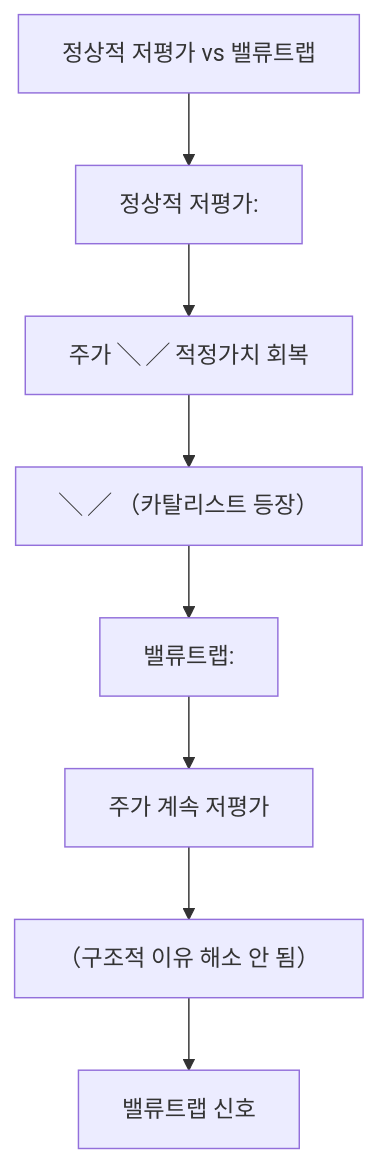
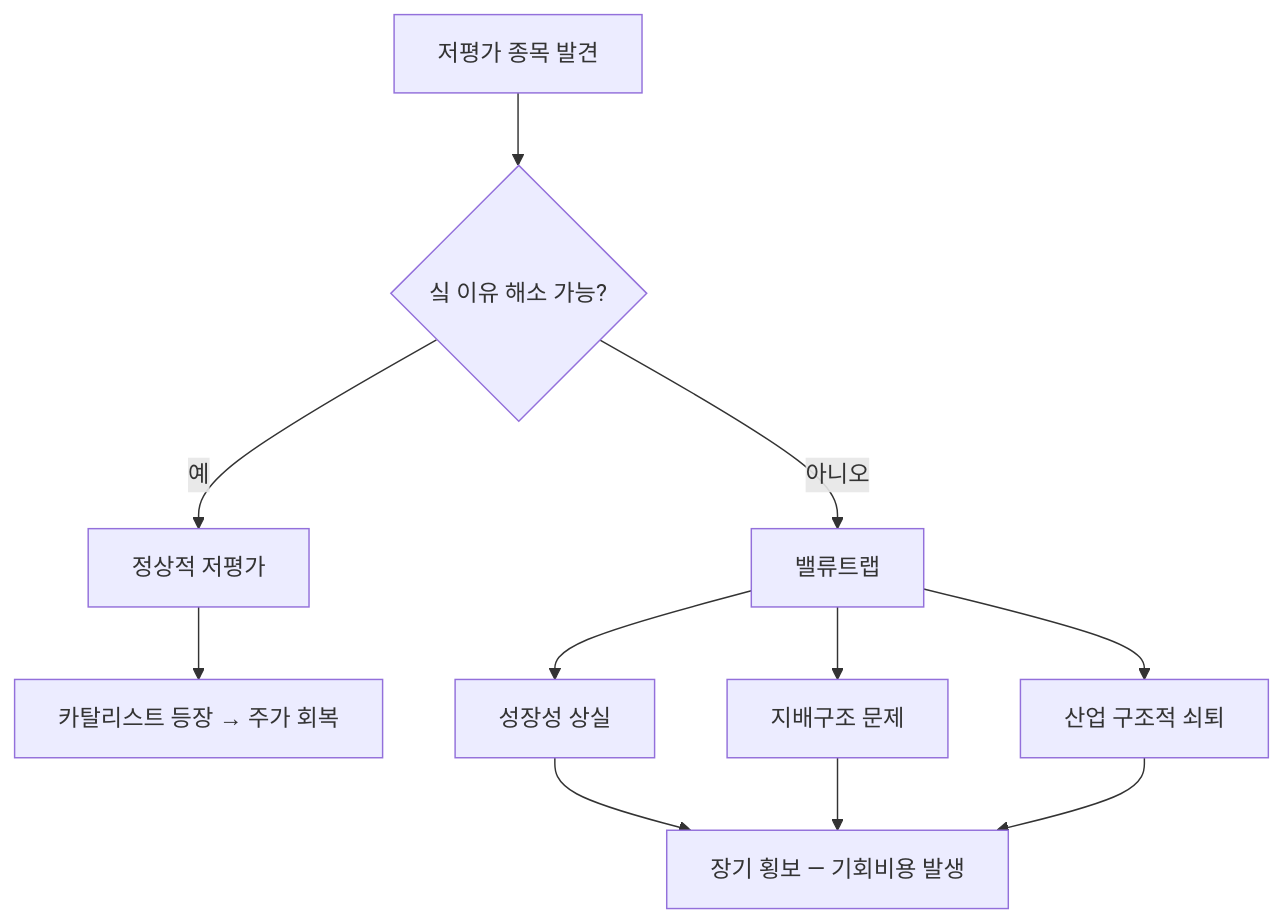
One commit to yeongseon/stock-visual-note changed the diagram in content/stock-terms/ko/level-10-company-analysis/value-trap.md. Above: the diagram before and after it, drawn with Mermaid. The commit also changed other lines of this file and 96 other files, not shown here.

Commit message:
Rewrite all 98 remaining articles: branching Mermaid diagrams, natural search_intent, compelling seo_titles, clean descriptions

````diff
--- a/content/stock-terms/ko/level-10-company-analysis/value-trap.md
+++ b/content/stock-terms/ko/level-10-company-analysis/value-trap.md
@@ -42,18 +42,14 @@
 ```mermaid
 graph TD
-    N0["정상적 저평가 vs 밸류트랩"]
-    N1["정상적 저평가:"]
-    N2["주가 ╲ ╱ 적정가치 회복"]
-    N3["╲ ╱ （카탈리스트 등장）"]
-    N4["밸류트랩:"]
-    N5["주가 계속 저평가"]
-    N6["（구조적 이유 해소 안 됨）"]
-    N7["밸류트랩 신호"]
-    N0 --> N1
-    N1 --> N2
-    N2 --> N3
-    N3 --> N4
-    N4 --> N5
-    N5 --> N6
-    N6 --> N7
+    A["저평가 종목 발견"]
+    A --> B{"싴 이유 해소 가능?"}
+    B -->|"예"| C["정상적 저평가"]
+    B -->|"아니오"| D["밸류트랩"]
+    C --> C1["카탈리스트 등장 → 주가 회복"]
+    D --> D1["성장성 상실"]
+    D --> D2["지배구조 문제"]
+    D --> D3["산업 구조적 쇠퇴"]
+    D1 --> E["장기 횡보 — 기회비용 발생"]
+    D2 --> E
+    D3 --> E
 ```
````
